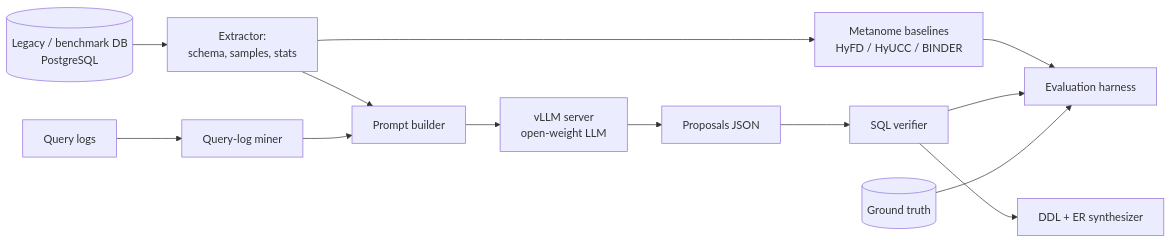
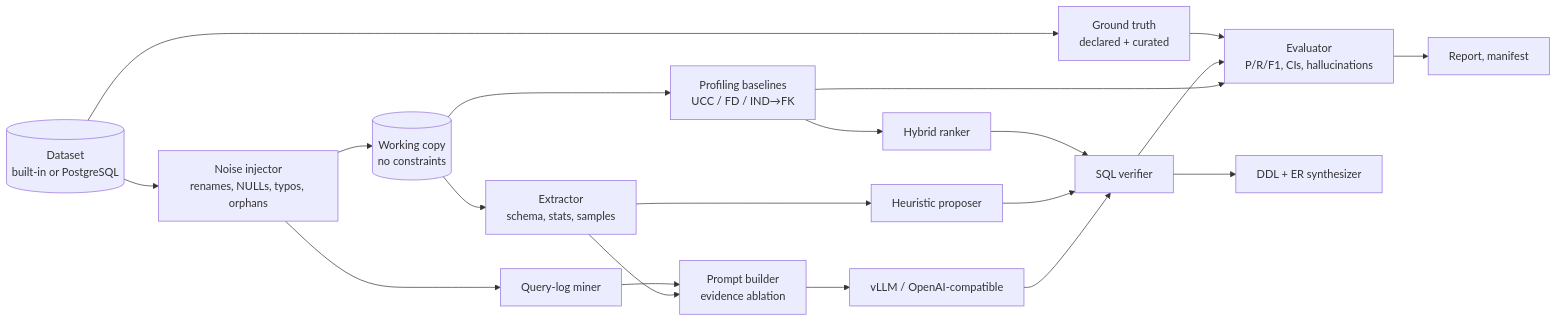
One commit to mahmudul-islam32/llm-schema-reverse-engineering changed the diagram in README.md. Above: the diagram before and after it, drawn with Mermaid. The commit also changed other lines of this file and 3 other files, not shown here.

````diff
--- a/README.md
+++ b/README.md
@@ -38,15 +20,22 @@
 ```mermaid
 flowchart LR
-    DB[(Legacy / benchmark DB<br/>PostgreSQL)] --> EX[Extractor:<br/>schema, samples, stats]
-    LOG[Query logs] --> QM[Query-log miner]
-    EX --> PB[Prompt builder]
-    QM --> PB
-    PB --> LLM[vLLM server<br/>open-weight LLM]
-    LLM --> PR[Proposals JSON]
-    EX --> MET[Metanome baselines<br/>HyFD / HyUCC / BINDER]
-    PR --> VER[SQL verifier]
-    MET --> EVAL[Evaluation harness]
-    VER --> EVAL
-    GT[(Ground truth)] --> EVAL
-    VER --> SYN[DDL + ER synthesizer]
+    DS[(Dataset<br/>built-in or PostgreSQL)] --> GT[Ground truth<br/>declared + curated]
+    DS --> NO[Noise injector<br/>renames, NULLs, typos, orphans]
+    NO --> DB[(Working copy<br/>no constraints)]
+    NO --> QL[Query-log miner]
+    DB --> EX[Extractor<br/>schema, stats, samples]
+    EX --> PB[Prompt builder<br/>evidence ablation]
+    QL --> PB
+    PB --> LLM[vLLM / OpenAI-compatible]
+    EX --> HE[Heuristic proposer]
+    DB --> BL[Profiling baselines<br/>UCC / FD / IND→FK]
+    BL --> HY[Hybrid ranker]
+    LLM --> VE[SQL verifier]
+    HE --> VE
+    HY --> VE
+    BL --> EV
+    VE --> EV[Evaluator<br/>P/R/F1, CIs, hallucinations]
+    GT --> EV
+    VE --> SY[DDL + ER synthesizer]
+    EV --> RE[Report, manifest]
 ```
````
